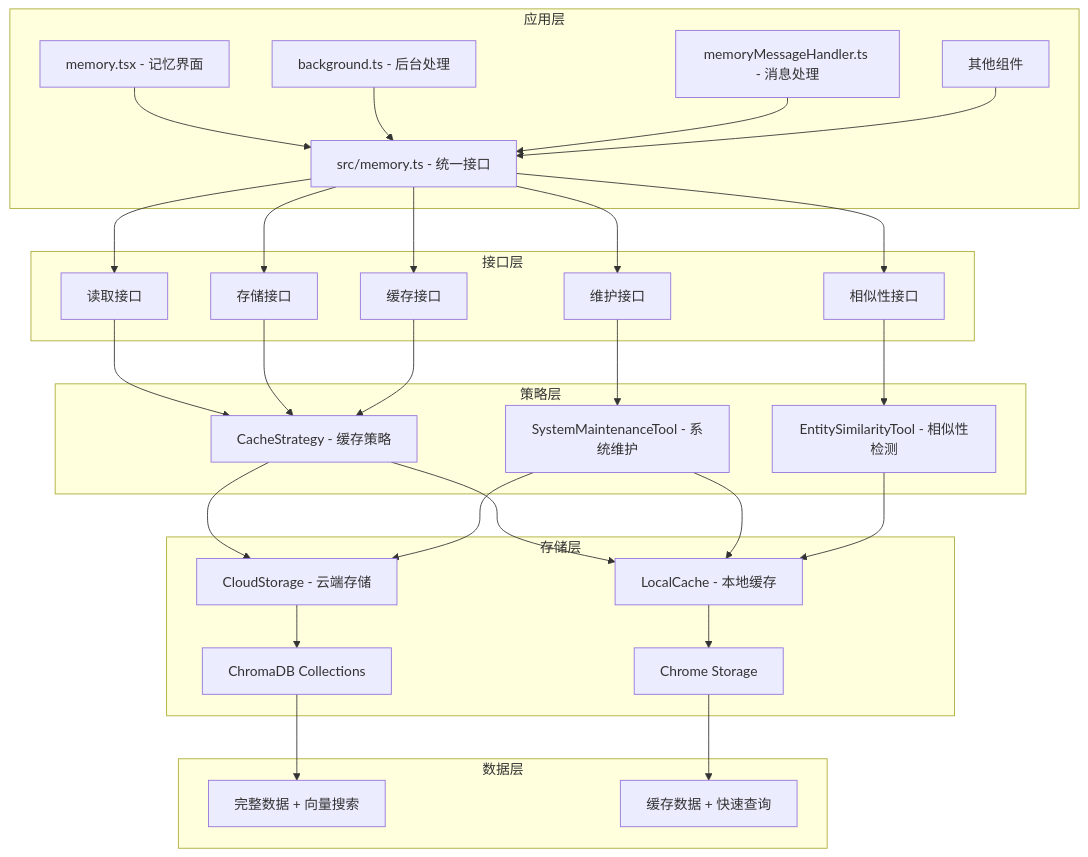
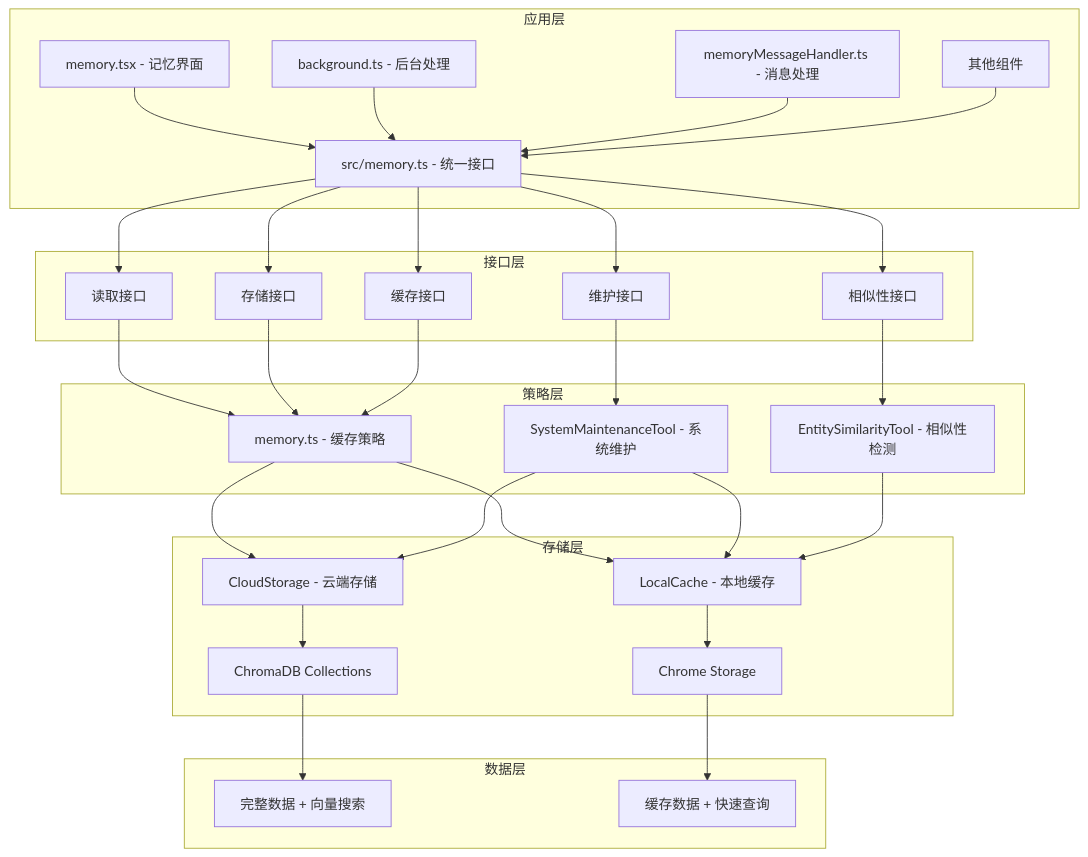
The first of 2 diagrams in docs/features/memory_system.md (ee01/Personal-AI), drawn with Mermaid before and after one commit. The commit also changed other lines of this file and 7 other files, not shown here.

Commit message:
remove CacheStrategy

````diff
--- a/docs/features/memory_system.md
+++ b/docs/features/memory_system.md
@@ -23,40 +21,40 @@
 ```mermaid
 graph TB
     subgraph "应用层"
         A1[memory.tsx - 记忆界面] --> B1[统一接口层]
         A2[background.ts - 后台处理] --> B1
         A3[memoryMessageHandler.ts - 消息处理] --> B1
         A4[其他组件] --> B1
     end
     
     subgraph "接口层"
         B1[src/memory.ts - 统一接口] --> C1[读取接口]
         B1 --> C2[存储接口] 
         B1 --> C3[缓存接口]
         B1 --> C4[维护接口]
         B1 --> C5[相似性接口]
     end
     
     subgraph "策略层"
-        C1 --> D1[CacheStrategy - 缓存策略]
+        C1 --> D1[memory.ts - 缓存策略]
         C2 --> D1
         C3 --> D1
         C4 --> D2[SystemMaintenanceTool - 系统维护]
         C5 --> D3[EntitySimilarityTool - 相似性检测]
     end
     
     subgraph "存储层"
         D1 --> E1[CloudStorage - 云端存储]
         D1 --> E2[LocalCache - 本地缓存]
         D2 --> E1
         D2 --> E2
         D3 --> E2
         E1 --> F1[ChromaDB Collections]
         E2 --> F2[Chrome Storage]
     end
     
     subgraph "数据层"
         F1 --> G1[完整数据 + 向量搜索]
         F2 --> G2[缓存数据 + 快速查询]
     end
 ```
````
